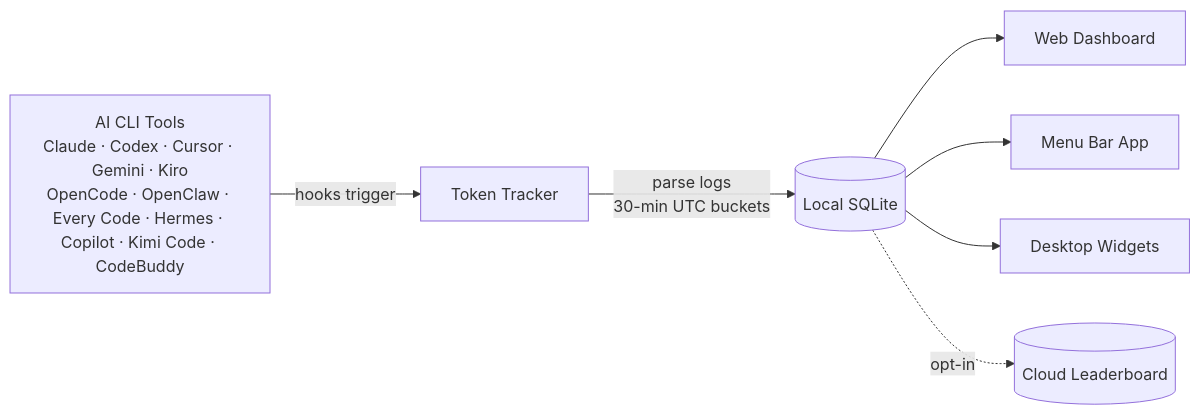
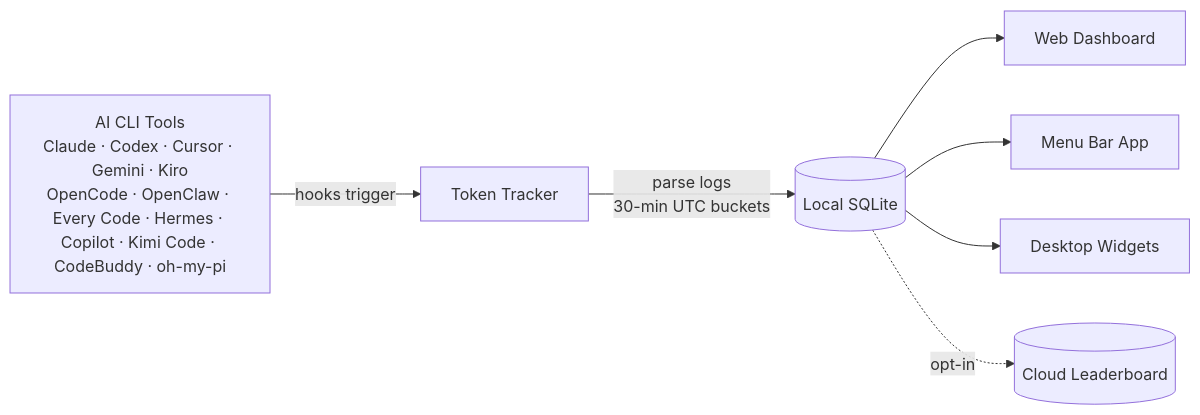
One commit to DianP/TokenTracker changed the diagram in README.md. Above: the diagram before and after it, drawn with Mermaid. The commit also changed other lines of this file and 10 other files, not shown here.

````diff
--- a/README.md
+++ b/README.md
@@ -187,10 +188,10 @@
 ```mermaid
 flowchart LR
-    A["AI CLI Tools<br/>Claude · Codex · Cursor · Gemini · Kiro<br/>OpenCode · OpenClaw · Every Code · Hermes · Copilot · Kimi Code · CodeBuddy"]
+    A["AI CLI Tools<br/>Claude · Codex · Cursor · Gemini · Kiro<br/>OpenCode · OpenClaw · Every Code · Hermes · Copilot · Kimi Code · CodeBuddy · oh-my-pi"]
     A -->|hooks trigger| B[Token Tracker]
     B -->|parse logs<br/>30-min UTC buckets| C[(Local SQLite)]
     C --> D[Web Dashboard]
     C --> E[Menu Bar App]
     C --> F[Desktop Widgets]
     C -.->|opt-in| G[(Cloud Leaderboard)]
 ```
````
